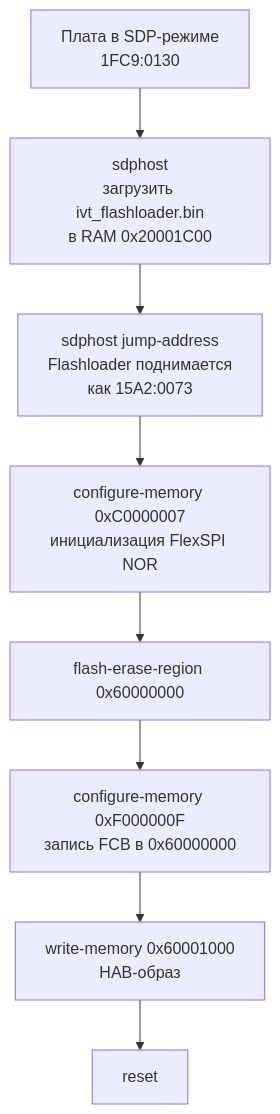
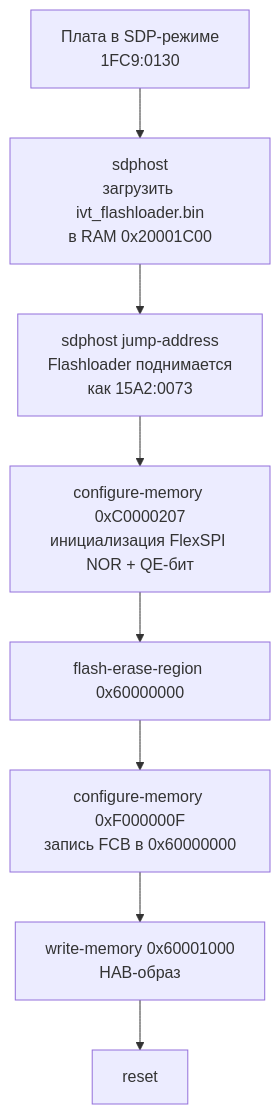
Before and after one commit to OSabuser/tft_manufacture_test: the diagram in docs/HOW_TO_FLASH.md, drawn with Mermaid. The commit also changed 5 other files, not shown here.

Commit message:
# service_tui: fix 1 force written QE=1 bit FlexSPI W25Q

````diff
--- a/docs/HOW_TO_FLASH.md
+++ b/docs/HOW_TO_FLASH.md
@@ -63,10 +63,10 @@
 ```mermaid
 flowchart TD
     A["Плата в SDP-режиме\n1FC9:0130"] --> B["sdphost\nзагрузить ivt_flashloader.bin\nв RAM 0x20001C00"]
     B --> C["sdphost jump-address\nFlashloader поднимается\nкак 15A2:0073"]
-    C --> D["configure-memory 0xC0000007\nинициализация FlexSPI NOR"]
+    C --> D["configure-memory 0xC0000207\nинициализация FlexSPI NOR + QE-бит"]
     D --> E["flash-erase-region 0x60000000"]
     E --> F["configure-memory 0xF000000F\nзапись FCB в 0x60000000"]
     F --> G["write-memory 0x60001000\nHAB-образ"]
     G --> H["reset"]
 ```
````
